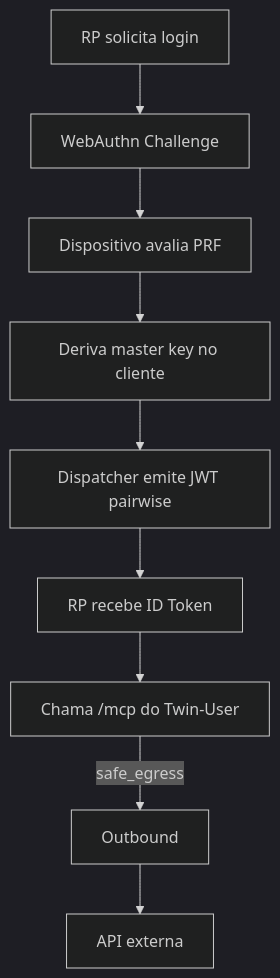
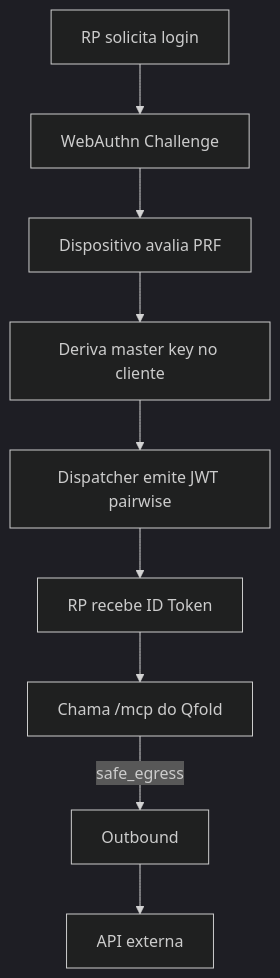
One commit to myselfgus/qfold changed the ninth of 9 diagrams in README.md. Above: the diagram before and after it, drawn with Mermaid (dark theme). The commit also changed other lines of this file and 18 other files, not shown here.

First line of the commit message:
chore: rebrand entire project from Twin-User to Qfold

````diff
--- a/README.md
+++ b/README.md
@@ -262,11 +313,11 @@
 ```mermaid
 flowchart TD
     Start[RP solicita login] --> Challenge[WebAuthn Challenge]
     Challenge --> PRF[Dispositivo avalia PRF]
     PRF --> Derive[Deriva master key no cliente]
     Derive --> Token[Dispatcher emite JWT pairwise]
     Token --> RP[RP recebe ID Token]
-    RP --> DO[Chama /mcp do Twin-User]
+    RP --> DO[Chama /mcp do Qfold]
     DO -->|safe_egress| Outbound
     Outbound --> External[API externa]
 ```
````
